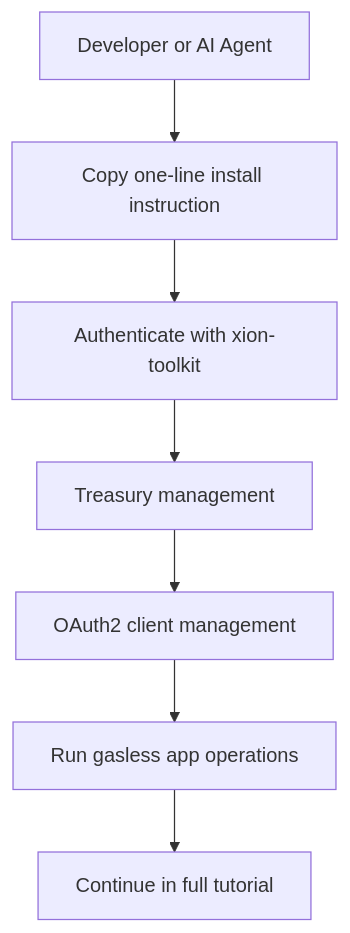
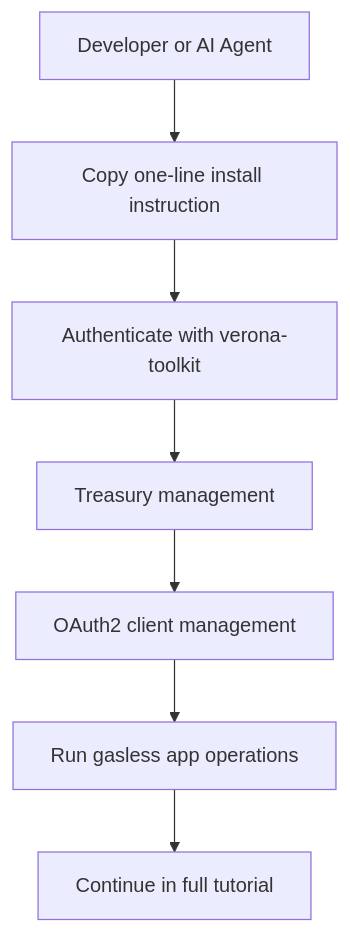
The diagram in about-verona/ai-agents.md (burnt-labs/docs), drawn with Mermaid before and after one commit. The commit also changed other lines of this file and 5 other files, not shown here.

First line of the commit message:
docs: align Agent Toolkit docs with verona-agent-toolkit rebrand

````diff
--- a/about-verona/ai-agents.md
+++ b/about-verona/ai-agents.md
@@ -37,9 +37,9 @@
 ```mermaid
 flowchart TD
     start[Developer or AI Agent] --> copy[Copy one-line install instruction]
-    copy --> auth[Authenticate with xion-toolkit]
+    copy --> auth[Authenticate with verona-toolkit]
     auth --> treasury[Treasury management]
     treasury --> oauth[OAuth2 client management]
     oauth --> gasless[Run gasless app operations]
     gasless --> next[Continue in full tutorial]
 ```
````
